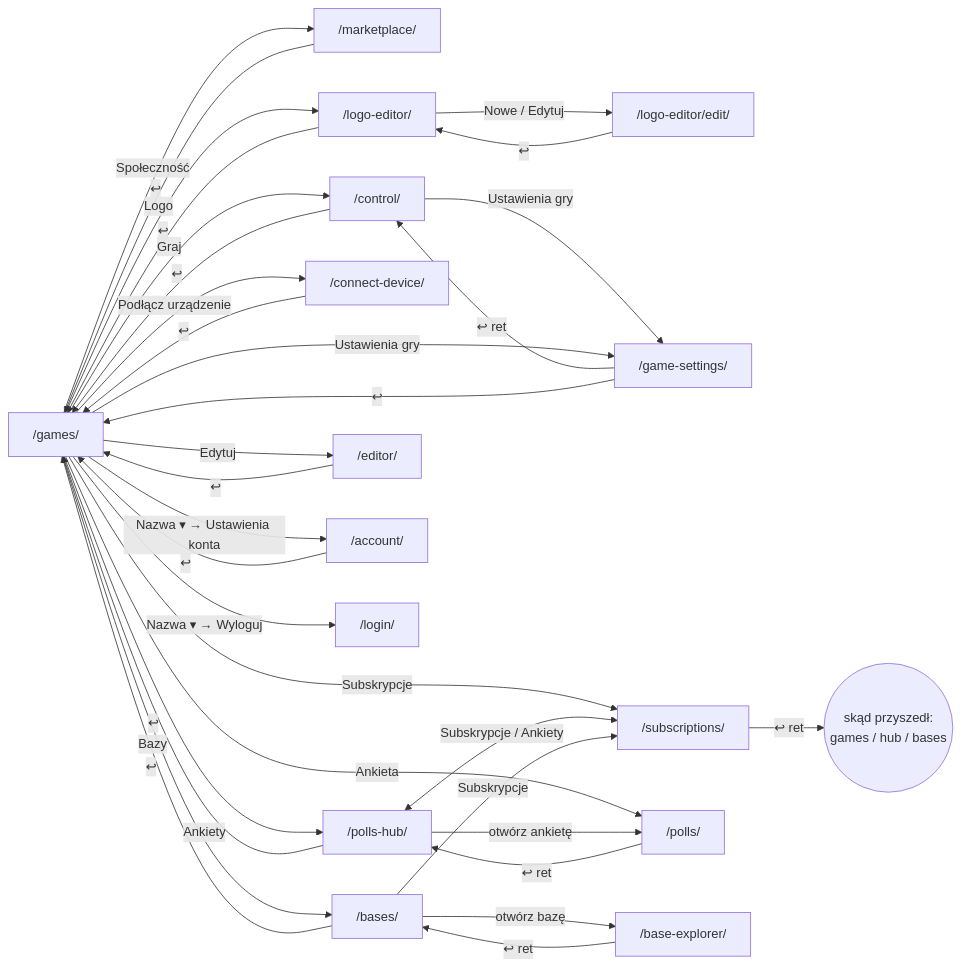
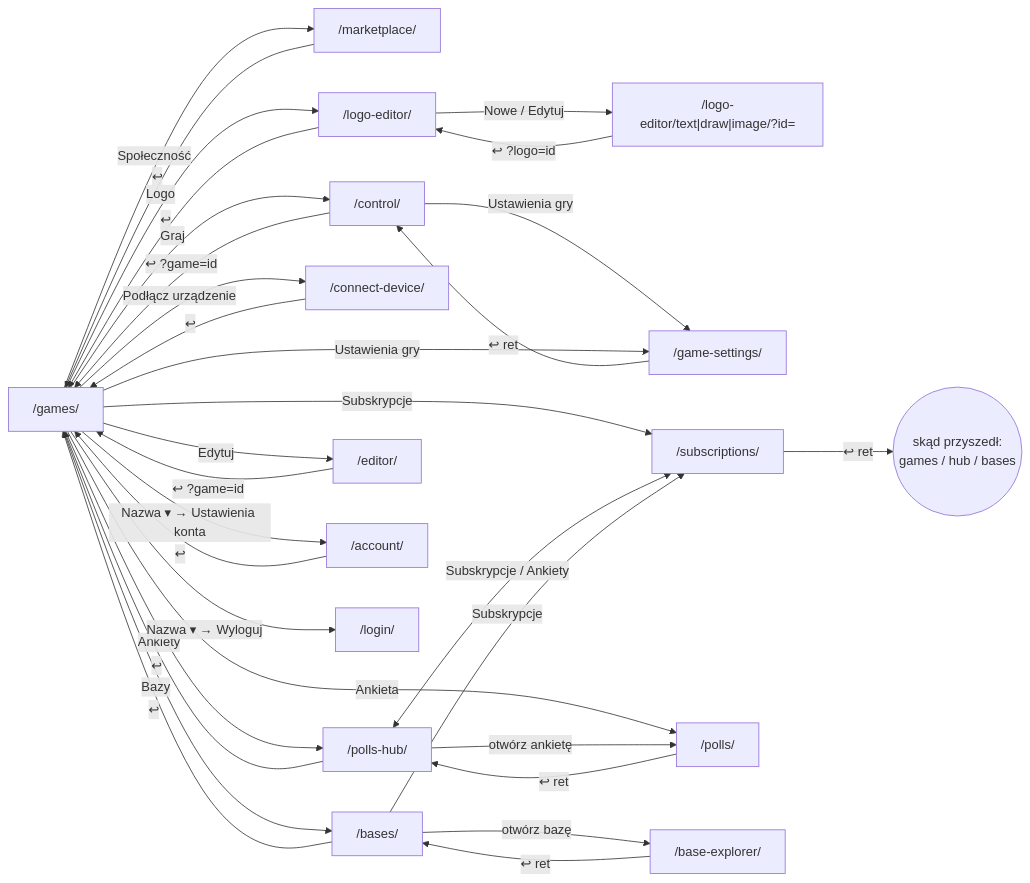
The third of 3 diagrams in docs/nawigacja-mapa-plan.md (Andrish97/familiada), drawn with Mermaid before and after one commit. The commit also changed other lines of this file, not shown here.

First line of the commit message:
Mapa nawigacji: edytor logo jako 3 strony z id w adresie, autozapis bez pytań, powroty do konkretnej gry/logo, ?q= w edytorze pytań, okna na telefonie bez powrotu

````diff
--- a/docs/nawigacja-mapa-plan.md
+++ b/docs/nawigacja-mapa-plan.md
@@ -359,28 +407,29 @@
 ```mermaid
 flowchart LR
   games["/games/"]
   games -->|Społeczność| market["/marketplace/"]
   games -->|Logo| logo["/logo-editor/"]
-  logo -->|Nowe / Edytuj| logoEdit["/logo-editor/edit/"]
+  logo -->|Nowe / Edytuj| logoEdit["/logo-editor/text|draw|image/?id="]
   control -->|Ustawienia gry| gs
-  logoEdit -->|↩| logo
+  logoEdit -->|↩ ?logo=id| logo
   gs -->|↩ ret| control
   games -->|Podłącz urządzenie| cd["/connect-device/"]
   games -->|Ankiety| hub["/polls-hub/"]
   games -->|Subskrypcje| subs["/subscriptions/"]
   games -->|Bazy| bases["/bases/"]
   games -->|Edytuj| editor["/editor/"]
   games -->|Ankieta| polls["/polls/"]
   games -->|Graj| control["/control/"]
   games -->|Ustawienia gry| gs["/game-settings/"]
   games -->|Nazwa ▾ → Ustawienia konta| account["/account/"]
   games -->|Nazwa ▾ → Wyloguj| login["/login/"]
   hub -->|otwórz ankietę| polls
   hub <-->|Subskrypcje / Ankiety| subs
   bases -->|Subskrypcje| subs
   bases -->|otwórz bazę| explorer["/base-explorer/"]
   polls -->|↩ ret| hub
   explorer -->|↩ ret| bases
   subs -->|↩ ret| from(("skąd przyszedł:<br/>games / hub / bases"))
-  market & logo & cd & hub & bases & editor & control & gs & account -->|↩| games
+  editor & control -->|↩ ?game=id| games
+  market & logo & cd & hub & bases & account -->|↩| games
 ```
````
